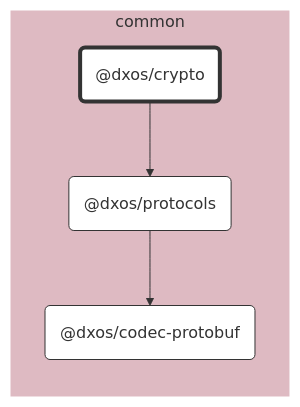
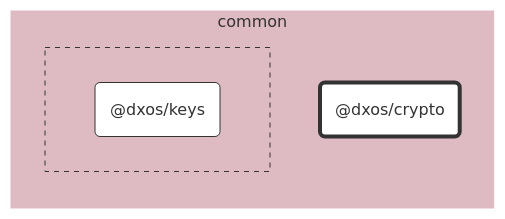
The diagram in packages/common/crypto/docs/README.md (dxos/dxos), drawn with Mermaid before and after one commit. The commit also changed other lines of this file and 52 other files, not shown here.

````diff
--- a/packages/common/crypto/docs/README.md
+++ b/packages/common/crypto/docs/README.md
@@ -7,26 +7,26 @@
 ```mermaid
 %%{ init: {'flowchart':{'curve':'basis'}} }%%
 
 flowchart LR
 
 %% Classes
 classDef def fill:#fff,stroke:#333,stroke-width:1px
 classDef root fill:#fff,stroke:#333,stroke-width:4px
 
 %% Nodes
 
 subgraph common [common]
   style common fill:#debac2,stroke:#fff
   dxos/crypto("@dxos/crypto"):::root
   click dxos/crypto "dxos/dxos/tree/main/packages/common/crypto/docs"
-  dxos/protocols("@dxos/protocols"):::def
-  click dxos/protocols "dxos/dxos/tree/main/packages/common/protocols/docs"
-  dxos/codec-protobuf("@dxos/codec-protobuf"):::def
-  click dxos/codec-protobuf "dxos/dxos/tree/main/packages/common/codec-protobuf/docs"
+
+  subgraph common-excluded [ ]
+    style common-excluded fill:#debac2,stroke:#333,stroke-dasharray:5 5
+    dxos/keys("@dxos/keys"):::def
+    click dxos/keys "dxos/dxos/tree/main/packages/common/keys/docs"
+  end
 end
 
 %% Links
 linkStyle default stroke:#333,stroke-width:1px
-dxos/crypto --> dxos/protocols
-dxos/protocols --> dxos/codec-protobuf
 ```
````
